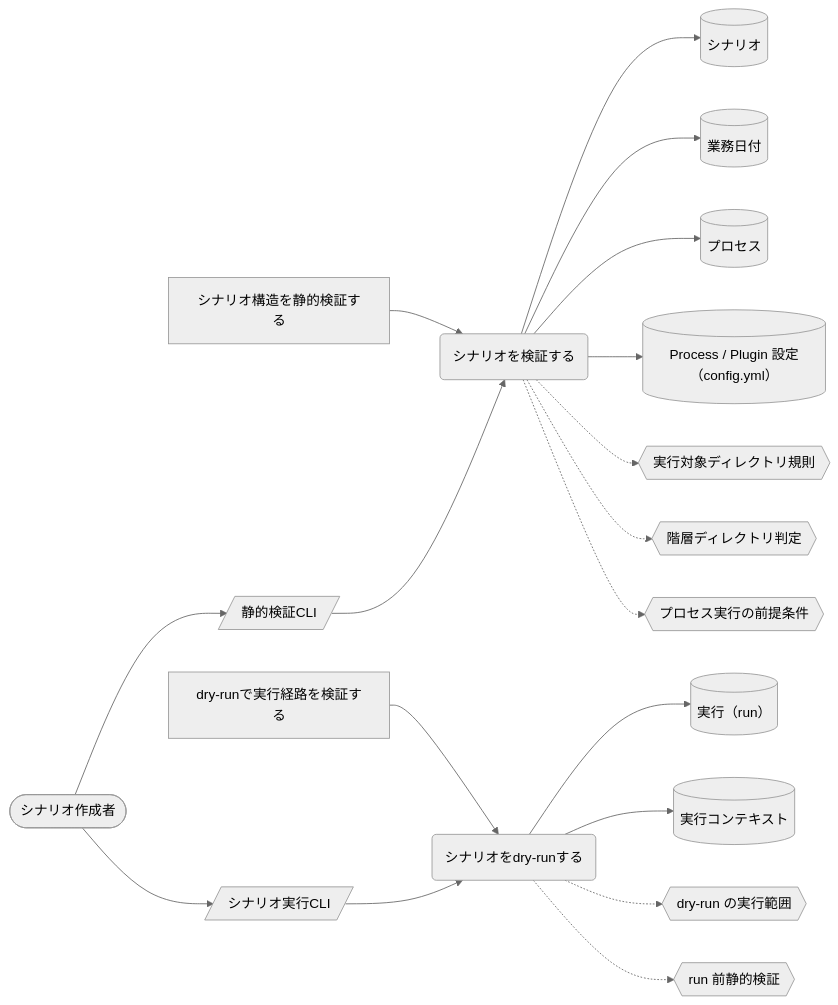
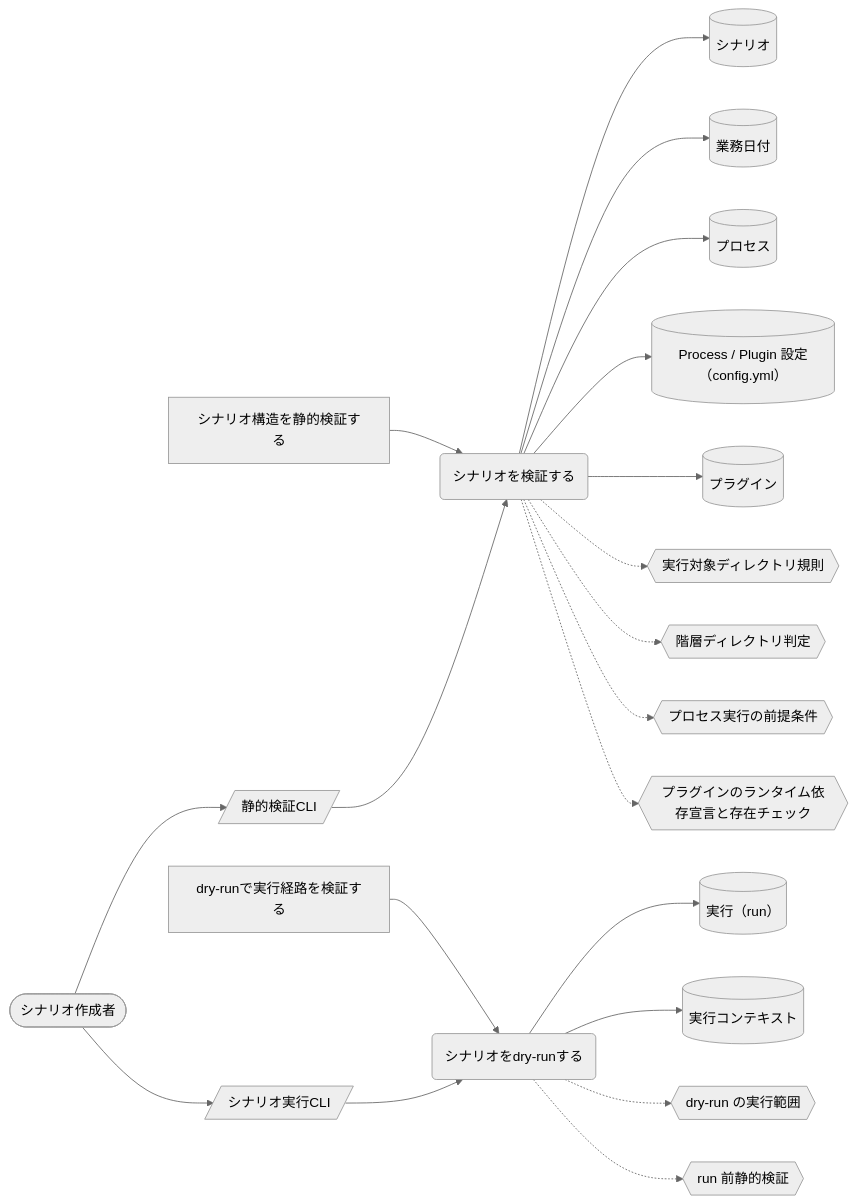
Before and after one commit to scenario-test-framework/stfw: the fourth of 7 diagrams in docs/rdra/latest/views/04_UC複合図.md, drawn with Mermaid (neutral theme). The commit also changed other lines of this file and 24 other files, not shown here.

````diff
--- a/docs/rdra/latest/views/04_UC複合図.md
+++ b/docs/rdra/latest/views/04_UC複合図.md
@@ -150,38 +152,42 @@
 ```mermaid
 graph LR
   UC1("シナリオを検証する")
   AT1["シナリオ構造を静的検証する"]
   IF1[("シナリオ")]
   IF2[("業務日付")]
   IF3[("プロセス")]
   IF4[("Process / Plugin 設定（config.yml）")]
+  IF5[("プラグイン")]
   CD1{{"実行対象ディレクトリ規則"}}
   CD2{{"階層ディレクトリ判定"}}
   CD3{{"プロセス実行の前提条件"}}
+  CD4{{"プラグインのランタイム依存宣言と存在チェック"}}
   SC1[/"静的検証CLI"/]
   AC1(["シナリオ作成者"])
   UC2("シナリオをdry-runする")
   AT2["dry-runで実行経路を検証する"]
-  IF5[("実行（run）")]
-  IF6[("実行コンテキスト")]
-  CD4{{"dry-run の実行範囲"}}
-  CD5{{"run 前静的検証"}}
+  IF6[("実行（run）")]
+  IF7[("実行コンテキスト")]
+  CD5{{"dry-run の実行範囲"}}
+  CD6{{"run 前静的検証"}}
   SC2[/"シナリオ実行CLI"/]
   AT1 --> UC1
   UC1 --> IF1
   UC1 --> IF2
   UC1 --> IF3
   UC1 --> IF4
+  UC1 --> IF5
   UC1 -.-> CD1
   UC1 -.-> CD2
   UC1 -.-> CD3
+  UC1 -.-> CD4
   AC1 --> SC1
   SC1 --> UC1
   AT2 --> UC2
-  UC2 --> IF5
   UC2 --> IF6
-  UC2 -.-> CD4
+  UC2 --> IF7
   UC2 -.-> CD5
+  UC2 -.-> CD6
   AC1 --> SC2
   SC2 --> UC2
 ```
````
